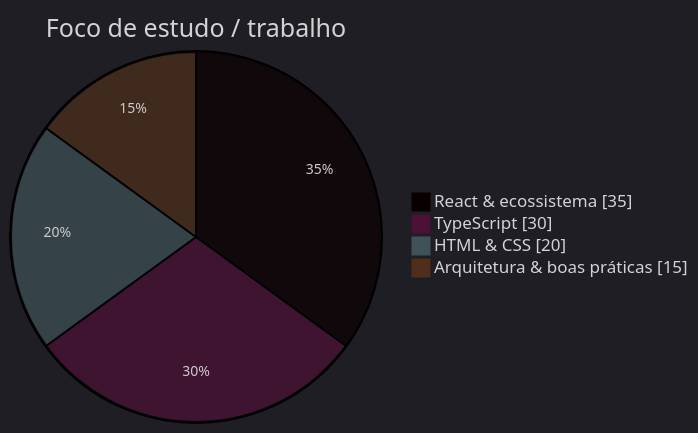
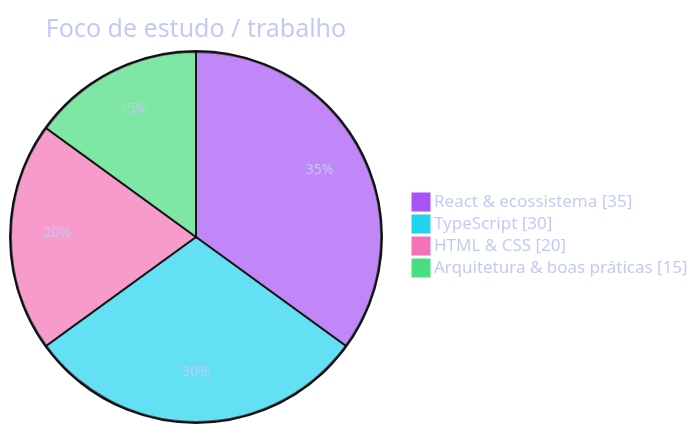
Before and after one commit to GeymersonCamara/GeymersonCamara: the diagram in README.md, drawn with Mermaid. The commit also changed other lines of this file, not shown here.

````diff
--- a/README.md
+++ b/README.md
@@ -42,9 +42,23 @@
 ```mermaid
-%%{init: {'theme': 'dark', 'themeVariables': { 'primaryColor': '#7c3aed', 'primaryTextColor': '#f8fafc', 'pieSectionTextSize': '14px'}}}%%
+%%{init: {
+  'theme': 'base',
+  'themeVariables': {
+    'darkMode': true,
+    'background': '#1a1b26',
+    'primaryTextColor': '#c0caf5',
+    'pieSectionTextSize': '14px',
+    'pieOuterStrokeWidth': '2px',
+    'pieOuterStrokeColor': '#1a1b26',
+    'pie1': '#a855f7',
+    'pie2': '#22d3ee',
+    'pie3': '#f472b6',
+    'pie4': '#4ade80'
+  }
+}}%%
 pie showData
     title Foco de estudo / trabalho
     "React & ecossistema" : 35
     "TypeScript" : 30
     "HTML & CSS" : 20
     "Arquitetura & boas práticas" : 15
 ```
````
